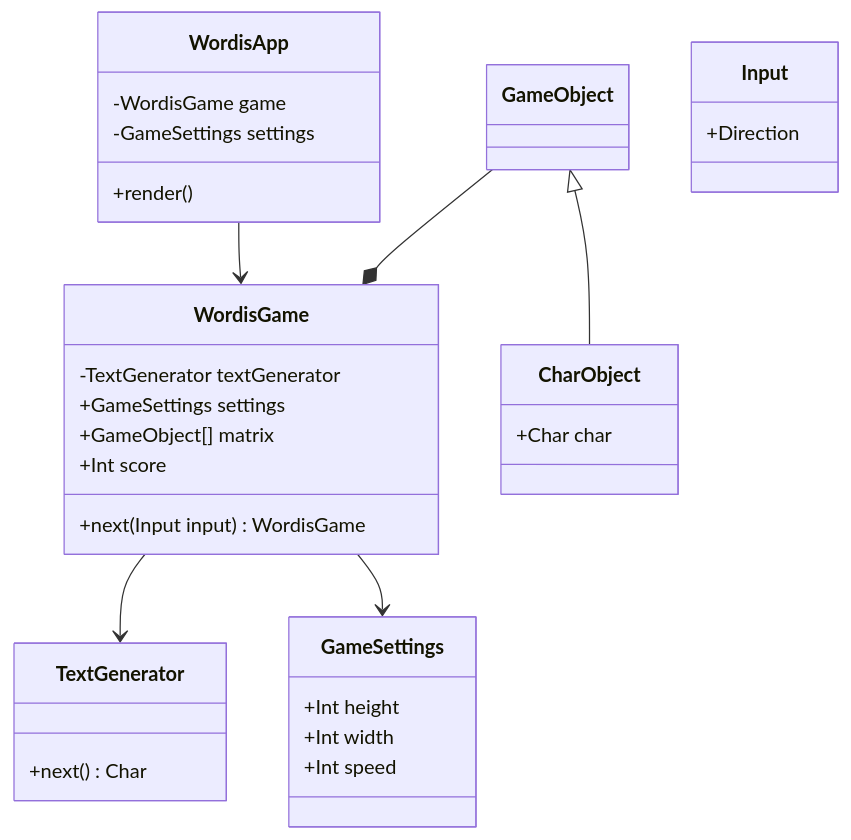
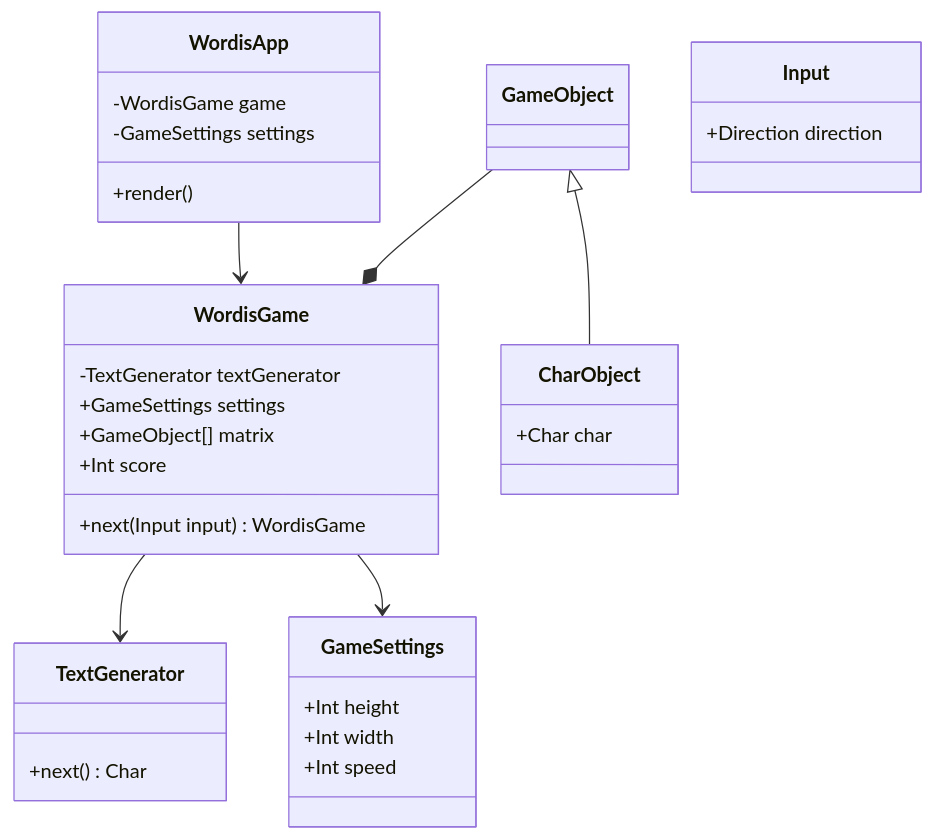
Before and after one commit to NicklausBrain/wordis: the diagram in docs/architecture.md, drawn with Mermaid. The commit also changed 2 other files, not shown here.

Commit message:
project startup explained

````diff
--- a/docs/architecture.md
+++ b/docs/architecture.md
@@ -14,45 +14,45 @@
 ```mermaid
 classDiagram
 
 class WordisApp{
     -WordisGame game
     -GameSettings settings
     +render()
 }
 WordisApp --> WordisGame
 
 class GameObject{
     
 }
 
 class CharObject{
     +Char char
 }
 GameObject <|-- CharObject
 
 class WordisGame{
     -TextGenerator textGenerator
     +GameSettings settings
     +GameObject[] matrix
     +Int score
     +next(Input input) WordisGame
 }
 WordisGame --> TextGenerator
 WordisGame --> GameSettings
 GameObject --* WordisGame
 
 class GameSettings{
     +Int height
     +Int width
     +Int speed
 }
 
 class TextGenerator{
     +next() Char
 }
 
 class Input{
-    +Direction
+    +Direction direction
 }
 
 ```
````
